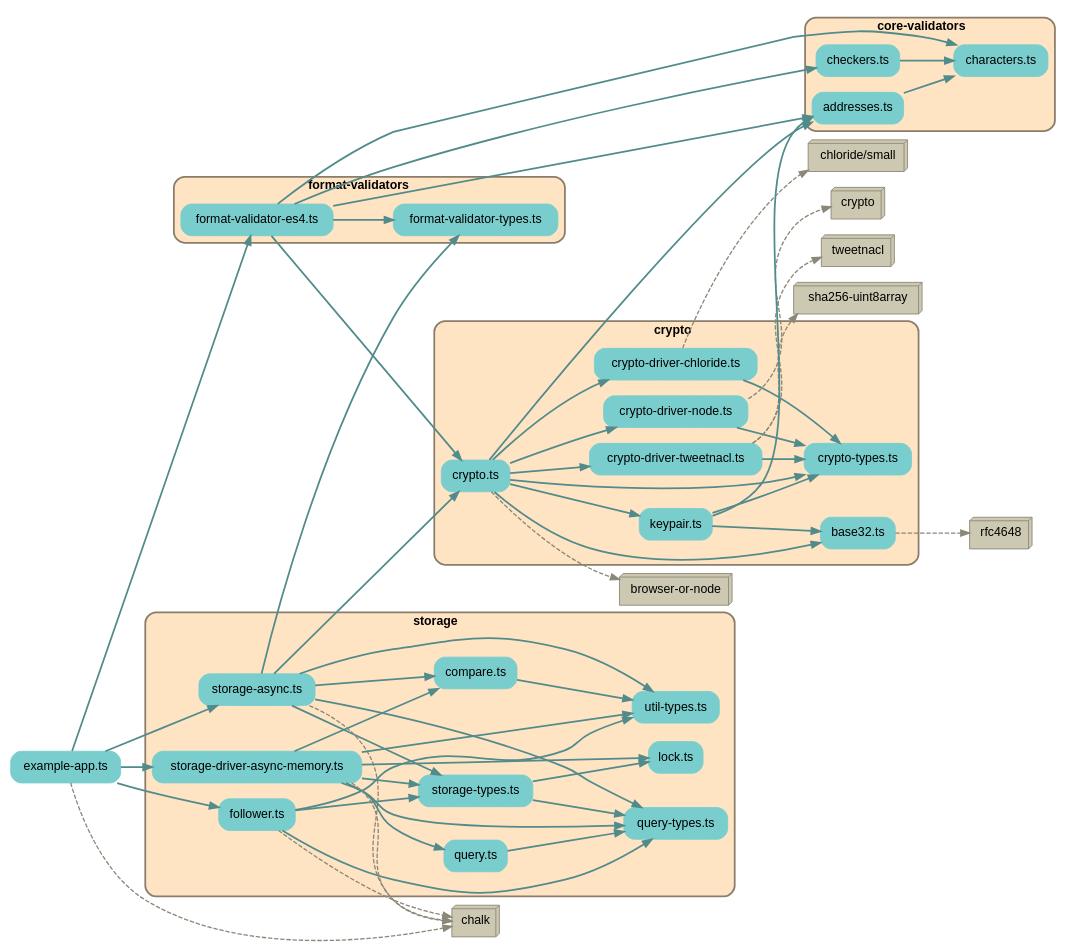
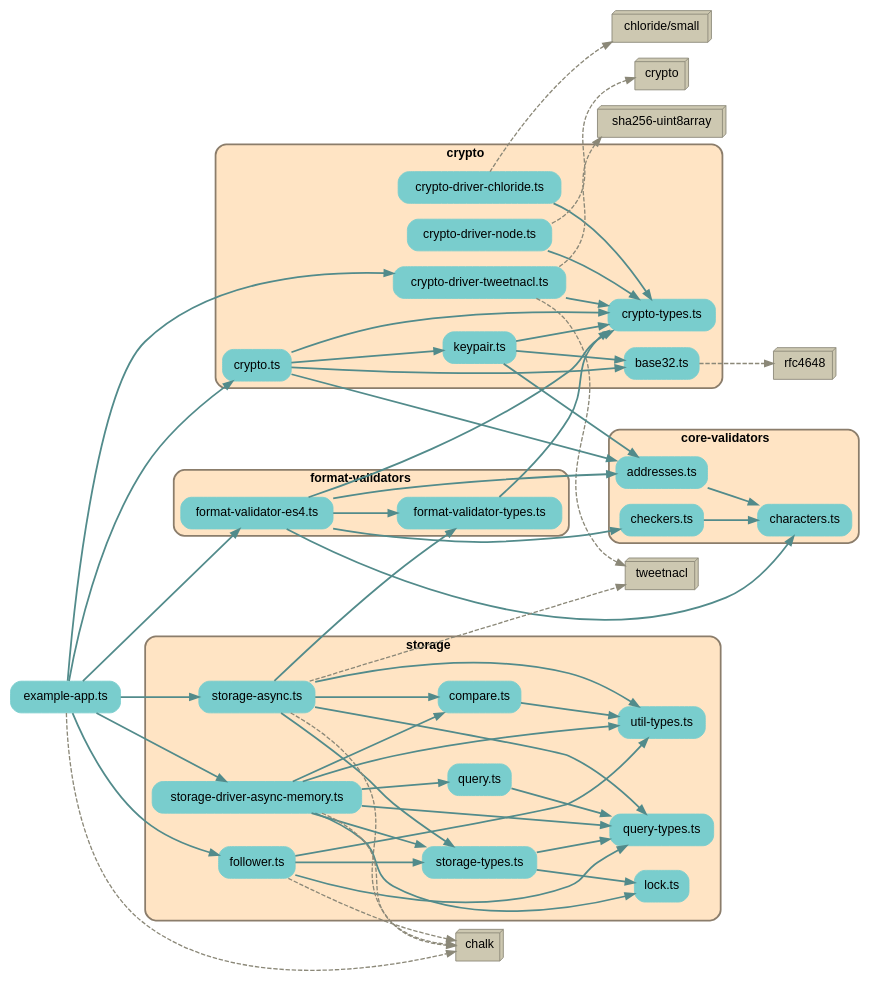
Before and after one commit to earthstar-project/earthstar: the diagram in depchart/depchart-deps.dot, drawn with Graphviz. The commit also changed 12 other files, not shown here.

```diff
--- a/depchart/depchart-deps.dot
+++ b/depchart/depchart-deps.dot
@@ -1,139 +1,137 @@
 
 digraph G {
     //splines=line;
     //splines=polyline;
     splines=true;
     rankdir=LR;
     //newrank=true;
     compound=true;
     graph [fontname = "helvetica"];  // dpi=72
     node [fontname = "helvetica"];
     edge [fontname = "helvetica"];
     
     // files in their folder clusters
         "src/example-app.ts" [label="example-app.ts", shape=rectangle; style="rounded,filled"; color=darkslategray3];
 
-        subgraph cluster3865972271 {
+        subgraph cluster2357047193 {
             label=<<b>core-validators</b>>;
             style="rounded,filled";
             fillcolor=bisque;
             color=bisque4;
             penwidth=2;
                     
             "src/core-validators/addresses.ts" [label="addresses.ts", shape=rectangle; style="rounded,filled"; color=darkslategray3];
             "src/core-validators/characters.ts" [label="characters.ts", shape=rectangle; style="rounded,filled"; color=darkslategray3];
             "src/core-validators/checkers.ts" [label="checkers.ts", shape=rectangle; style="rounded,filled"; color=darkslategray3];
         }
 
-        subgraph cluster4066690945 {
+        subgraph cluster7820366590 {
             label=<<b>crypto</b>>;
             style="rounded,filled";
             fillcolor=bisque;
             color=bisque4;
             penwidth=2;
                     
             "src/crypto/base32.ts" [label="base32.ts", shape=rectangle; style="rounded,filled"; color=darkslategray3];
             "src/crypto/crypto-driver-chloride.ts" [label="crypto-driver-chloride.ts", shape=rectangle; style="rounded,filled"; color=darkslategray3];
             "src/crypto/crypto-driver-node.ts" [label="crypto-driver-node.ts", shape=rectangle; style="rounded,filled"; color=darkslategray3];
             "src/crypto/crypto-driver-tweetnacl.ts" [label="crypto-driver-tweetnacl.ts", shape=rectangle; style="rounded,filled"; color=darkslategray3];
             "src/crypto/crypto-types.ts" [label="crypto-types.ts", shape=rectangle; style="rounded,filled"; color=darkslategray3];
             "src/crypto/crypto.ts" [label="crypto.ts", shape=rectangle; style="rounded,filled"; color=darkslategray3];
             "src/crypto/keypair.ts" [label="keypair.ts", shape=rectangle; style="rounded,filled"; color=darkslategray3];
         }
 
-        subgraph cluster6323728164 {
+        subgraph cluster3739504422 {
             label=<<b>format-validators</b>>;
             style="rounded,filled";
             fillcolor=bisque;
             color=bisque4;
             penwidth=2;
                     
             "src/format-validators/format-validator-es4.ts" [label="format-validator-es4.ts", shape=rectangle; style="rounded,filled"; color=darkslategray3];
             "src/format-validators/format-validator-types.ts" [label="format-validator-types.ts", shape=rectangle; style="rounded,filled"; color=darkslategray3];
         }
 
-        subgraph cluster3267087462 {
+        subgraph cluster7118039287 {
             label=<<b>storage</b>>;
             style="rounded,filled";
             fillcolor=bisque;
             color=bisque4;
             penwidth=2;
                     
             "src/storage/compare.ts" [label="compare.ts", shape=rectangle; style="rounded,filled"; color=darkslategray3];
             "src/storage/follower.ts" [label="follower.ts", shape=rectangle; style="rounded,filled"; color=darkslategray3];
             "src/storage/lock.ts" [label="lock.ts", shape=rectangle; style="rounded,filled"; color=darkslategray3];
             "src/storage/query-types.ts" [label="query-types.ts", shape=rectangle; style="rounded,filled"; color=darkslategray3];
             "src/storage/query.ts" [label="query.ts", shape=rectangle; style="rounded,filled"; color=darkslategray3];
             "src/storage/storage-async.ts" [label="storage-async.ts", shape=rectangle; style="rounded,filled"; color=darkslategray3];
             "src/storage/storage-driver-async-memory.ts" [label="storage-driver-async-memory.ts", shape=rectangle; style="rounded,filled"; color=darkslategray3];
             "src/storage/storage-types.ts" [label="storage-types.ts", shape=rectangle; style="rounded,filled"; color=darkslategray3];
             "src/storage/util-types.ts" [label="util-types.ts", shape=rectangle; style="rounded,filled"; color=darkslategray3];
         }
 
     // packages not in their own cluster
         "rfc4648" [shape=box3d, style=filled, fillcolor=cornsilk3, color=cornsilk4];
         "chloride/small" [shape=box3d, style=filled, fillcolor=cornsilk3, color=cornsilk4];
         "crypto" [shape=box3d, style=filled, fillcolor=cornsilk3, color=cornsilk4];
         "tweetnacl" [shape=box3d, style=filled, fillcolor=cornsilk3, color=cornsilk4];
         "sha256-uint8array" [shape=box3d, style=filled, fillcolor=cornsilk3, color=cornsilk4];
-        "browser-or-node" [shape=box3d, style=filled, fillcolor=cornsilk3, color=cornsilk4];
         "chalk" [shape=box3d, style=filled, fillcolor=cornsilk3, color=cornsilk4];
 
     // edges between files
     "src/core-validators/addresses.ts" -> "src/core-validators/characters.ts" [penwidth=2; color=darkslategray4];
     "src/core-validators/checkers.ts" -> "src/core-validators/characters.ts" [penwidth=2; color=darkslategray4];
     "src/crypto/crypto-driver-chloride.ts" -> "src/crypto/crypto-types.ts" [penwidth=2; color=darkslategray4];
     "src/crypto/crypto-driver-node.ts" -> "src/crypto/crypto-types.ts" [penwidth=2; color=darkslategray4];
     "src/crypto/crypto-driver-tweetnacl.ts" -> "src/crypto/crypto-types.ts" [penwidth=2; color=darkslategray4];
-    "src/crypto/crypto.ts" -> "src/crypto/crypto-driver-chloride.ts" [penwidth=2; color=darkslategray4];
-    "src/crypto/crypto.ts" -> "src/crypto/crypto-driver-node.ts" [penwidth=2; color=darkslategray4];
-    "src/crypto/crypto.ts" -> "src/crypto/crypto-driver-tweetnacl.ts" [penwidth=2; color=darkslategray4];
     "src/crypto/crypto.ts" -> "src/crypto/crypto-types.ts" [penwidth=2; color=darkslategray4];
     "src/crypto/crypto.ts" -> "src/crypto/base32.ts" [penwidth=2; color=darkslategray4];
     "src/crypto/crypto.ts" -> "src/crypto/keypair.ts" [penwidth=2; color=darkslategray4];
     "src/crypto/crypto.ts" -> "src/core-validators/addresses.ts" [penwidth=2; color=darkslategray4];
     "src/crypto/keypair.ts" -> "src/crypto/base32.ts" [penwidth=2; color=darkslategray4];
     "src/crypto/keypair.ts" -> "src/crypto/crypto-types.ts" [penwidth=2; color=darkslategray4];
     "src/crypto/keypair.ts" -> "src/core-validators/addresses.ts" [penwidth=2; color=darkslategray4];
     "src/example-app.ts" -> "src/format-validators/format-validator-es4.ts" [penwidth=2; color=darkslategray4];
     "src/example-app.ts" -> "src/storage/storage-driver-async-memory.ts" [penwidth=2; color=darkslategray4];
     "src/example-app.ts" -> "src/storage/storage-async.ts" [penwidth=2; color=darkslategray4];
     "src/example-app.ts" -> "src/storage/follower.ts" [penwidth=2; color=darkslategray4];
+    "src/example-app.ts" -> "src/crypto/crypto.ts" [penwidth=2; color=darkslategray4];
+    "src/example-app.ts" -> "src/crypto/crypto-driver-tweetnacl.ts" [penwidth=2; color=darkslategray4];
     "src/format-validators/format-validator-es4.ts" -> "src/format-validators/format-validator-types.ts" [penwidth=2; color=darkslategray4];
+    "src/format-validators/format-validator-es4.ts" -> "src/crypto/crypto-types.ts" [penwidth=2; color=darkslategray4];
     "src/format-validators/format-validator-es4.ts" -> "src/core-validators/characters.ts" [penwidth=2; color=darkslategray4];
     "src/format-validators/format-validator-es4.ts" -> "src/core-validators/checkers.ts" [penwidth=2; color=darkslategray4];
     "src/format-validators/format-validator-es4.ts" -> "src/core-validators/addresses.ts" [penwidth=2; color=darkslategray4];
-    "src/format-validators/format-validator-es4.ts" -> "src/crypto/crypto.ts" [penwidth=2; color=darkslategray4];
+    "src/format-validators/format-validator-types.ts" -> "src/crypto/crypto-types.ts" [penwidth=2; color=darkslategray4];
     "src/storage/compare.ts" -> "src/storage/util-types.ts" [penwidth=2; color=darkslategray4];
     "src/storage/follower.ts" -> "src/storage/util-types.ts" [penwidth=2; color=darkslategray4];
     "src/storage/follower.ts" -> "src/storage/query-types.ts" [penwidth=2; color=darkslategray4];
     "src/storage/follower.ts" -> "src/storage/storage-types.ts" [penwidth=2; color=darkslategray4];
     "src/storage/query.ts" -> "src/storage/query-types.ts" [penwidth=2; color=darkslategray4];
     "src/storage/storage-async.ts" -> "src/storage/util-types.ts" [penwidth=2; color=darkslategray4];
     "src/storage/storage-async.ts" -> "src/storage/query-types.ts" [penwidth=2; color=darkslategray4];
     "src/storage/storage-async.ts" -> "src/storage/storage-types.ts" [penwidth=2; color=darkslategray4];
     "src/storage/storage-async.ts" -> "src/format-validators/format-validator-types.ts" [penwidth=2; color=darkslategray4];
     "src/storage/storage-async.ts" -> "src/storage/compare.ts" [penwidth=2; color=darkslategray4];
-    "src/storage/storage-async.ts" -> "src/crypto/crypto.ts" [penwidth=2; color=darkslategray4];
     "src/storage/storage-driver-async-memory.ts" -> "src/storage/util-types.ts" [penwidth=2; color=darkslategray4];
     "src/storage/storage-driver-async-memory.ts" -> "src/storage/query-types.ts" [penwidth=2; color=darkslategray4];
     "src/storage/storage-driver-async-memory.ts" -> "src/storage/storage-types.ts" [penwidth=2; color=darkslategray4];
     "src/storage/storage-driver-async-memory.ts" -> "src/storage/compare.ts" [penwidth=2; color=darkslategray4];
     "src/storage/storage-driver-async-memory.ts" -> "src/storage/query.ts" [penwidth=2; color=darkslategray4];
     "src/storage/storage-driver-async-memory.ts" -> "src/storage/lock.ts" [penwidth=2; color=darkslategray4];
     "src/storage/storage-types.ts" -> "src/storage/query-types.ts" [penwidth=2; color=darkslategray4];
     "src/storage/storage-types.ts" -> "src/storage/lock.ts" [penwidth=2; color=darkslategray4];
 
     // edges from files to packages
     "src/crypto/base32.ts" -> "rfc4648" [penwidth=1.5; style=dashed, color=cornsilk4, weight=1];
     "src/crypto/crypto-driver-chloride.ts" -> "chloride/small" [penwidth=1.5; style=dashed, color=cornsilk4, weight=1];
     "src/crypto/crypto-driver-node.ts" -> "crypto" [penwidth=1.5; style=dashed, color=cornsilk4, weight=1];
     "src/crypto/crypto-driver-tweetnacl.ts" -> "tweetnacl" [penwidth=1.5; style=dashed, color=cornsilk4, weight=1];
     "src/crypto/crypto-driver-tweetnacl.ts" -> "sha256-uint8array" [penwidth=1.5; style=dashed, color=cornsilk4, weight=1];
-    "src/crypto/crypto.ts" -> "browser-or-node" [penwidth=1.5; style=dashed, color=cornsilk4, weight=1];
     "src/example-app.ts" -> "chalk" [penwidth=1.5; style=dashed, color=cornsilk4, weight=1];
     "src/storage/follower.ts" -> "chalk" [penwidth=1.5; style=dashed, color=cornsilk4, weight=1];
     "src/storage/storage-async.ts" -> "chalk" [penwidth=1.5; style=dashed, color=cornsilk4, weight=1];
+    "src/storage/storage-async.ts" -> "tweetnacl" [penwidth=1.5; style=dashed, color=cornsilk4, weight=1];
     "src/storage/storage-driver-async-memory.ts" -> "chalk" [penwidth=1.5; style=dashed, color=cornsilk4, weight=1];
 
 }
```
